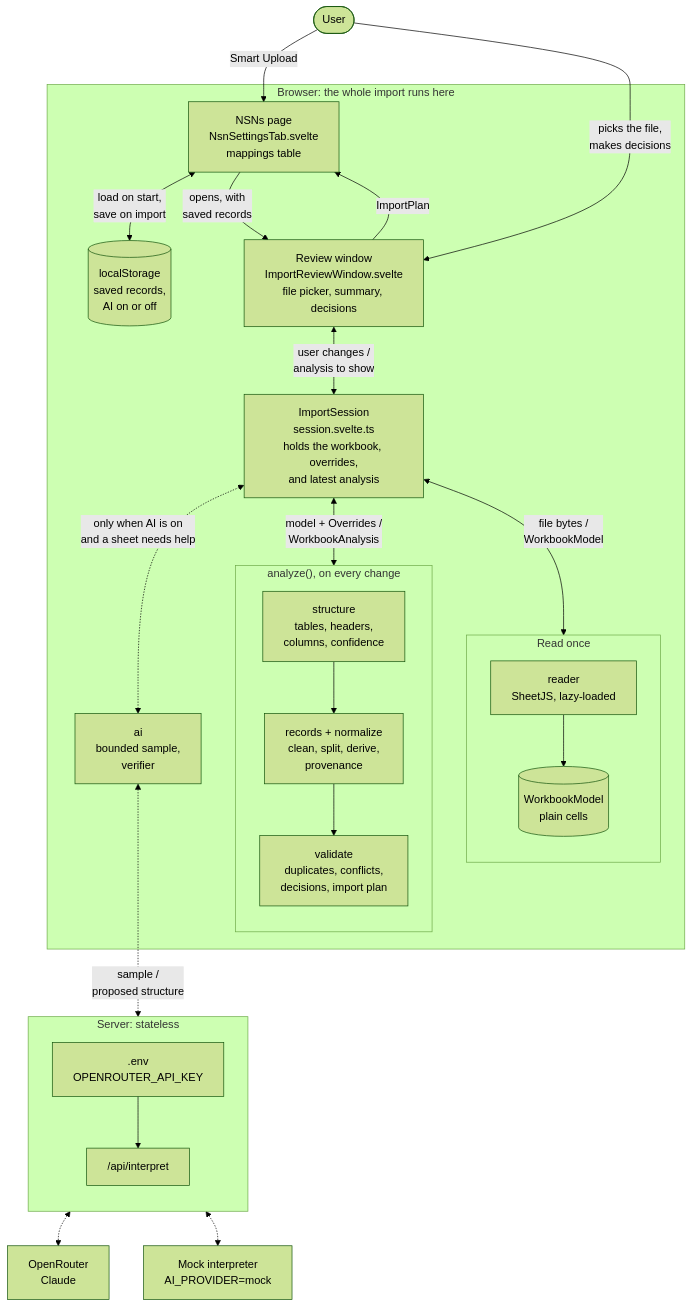
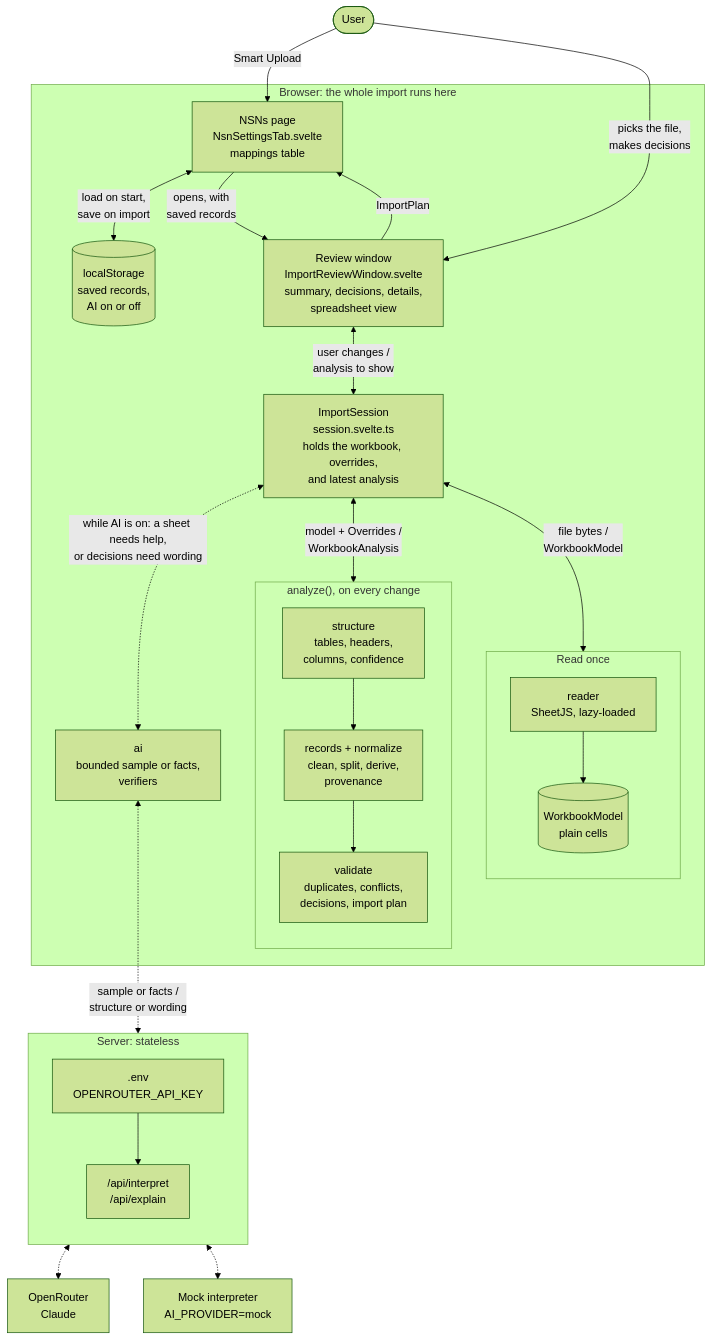
Before and after one commit to PakmanGames/nsn-upload: the first of 2 diagrams in docs/ARCHITECTURE.md, drawn with Mermaid (forest theme). The commit also changed other lines of this file and 3 other files, not shown here.

````diff
--- a/docs/ARCHITECTURE.md
+++ b/docs/ARCHITECTURE.md
@@ -45,44 +45,44 @@
 ```mermaid
 flowchart TB
     User(["User"])
 
     subgraph Browser["Browser: the whole import runs here"]
         Page["NSNs page<br/>NsnSettingsTab.svelte<br/>mappings table"]
         Storage[("localStorage<br/>saved records,<br/>AI on or off")]
-        Window["Review window<br/>ImportReviewWindow.svelte<br/>file picker, summary, decisions"]
+        Window["Review window<br/>ImportReviewWindow.svelte<br/>summary, decisions, details,<br/>spreadsheet view"]
         Session["ImportSession<br/>session.svelte.ts<br/>holds the workbook, overrides,<br/>and latest analysis"]
 
         subgraph Analyze["analyze(), on every change"]
             direction TB
             Structure["structure<br/>tables, headers,<br/>columns, confidence"] --> Records["records + normalize<br/>clean, split, derive,<br/>provenance"] --> Validate["validate<br/>duplicates, conflicts,<br/>decisions, import plan"]
         end
 
         subgraph Read["Read once"]
             direction TB
             Reader["reader<br/>SheetJS, lazy-loaded"] --> Model[("WorkbookModel<br/>plain cells")]
         end
 
-        AI["ai<br/>bounded sample,<br/>verifier"]
+        AI["ai<br/>bounded sample or facts,<br/>verifiers"]
     end
 
     subgraph Server["Server: stateless"]
         direction TB
-        Env[".env<br/>OPENROUTER_API_KEY"] --> Route["/api/interpret"]
+        Env[".env<br/>OPENROUTER_API_KEY"] --> Route["/api/interpret<br/>/api/explain"]
     end
 
     OpenRouter["OpenRouter<br/>Claude"]
     Mock["Mock interpreter<br/>AI_PROVIDER=mock"]
 
     User -- "Smart Upload" --> Page
     Page <-- "load on start,<br/>save on import" --> Storage
     Page -- "opens, with<br/>saved records" --> Window
     Window -- "ImportPlan" --> Page
     Window <-- "user changes /<br/>analysis to show" --> Session
     Session <-- "model + Overrides /<br/>WorkbookAnalysis" --> Analyze
     Session <-- "file bytes /<br/>WorkbookModel" --> Read
-    Session <-. "only when AI is on<br/>and a sheet needs help" .-> AI
-    AI <-. "sample /<br/>proposed structure" .-> Server
+    Session <-. "while AI is on: a sheet needs help,<br/>or decisions need wording" .-> AI
+    AI <-. "sample or facts /<br/>structure or wording" .-> Server
     Server <-.-> OpenRouter
     Server <-.-> Mock
     User -- "picks the file,<br/>makes decisions" --> Window
 ```
````
